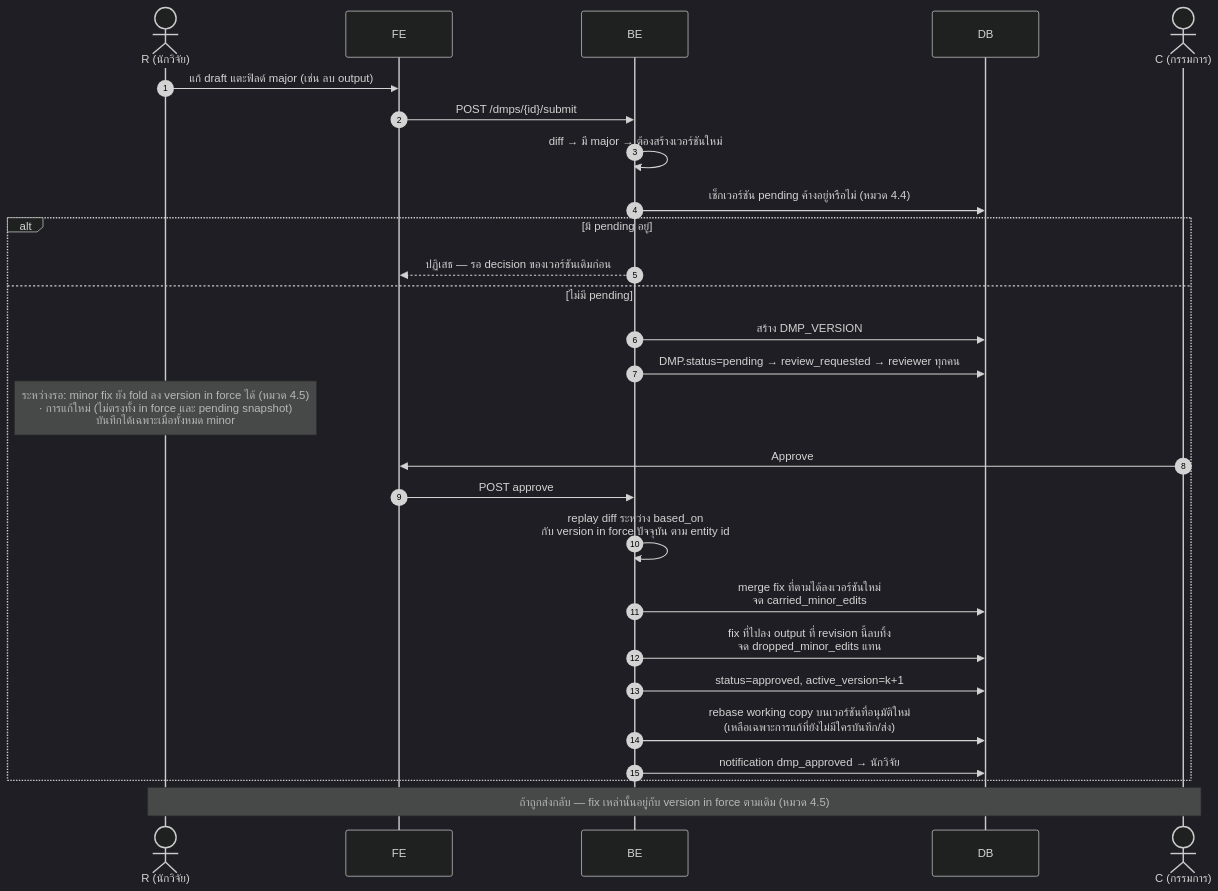
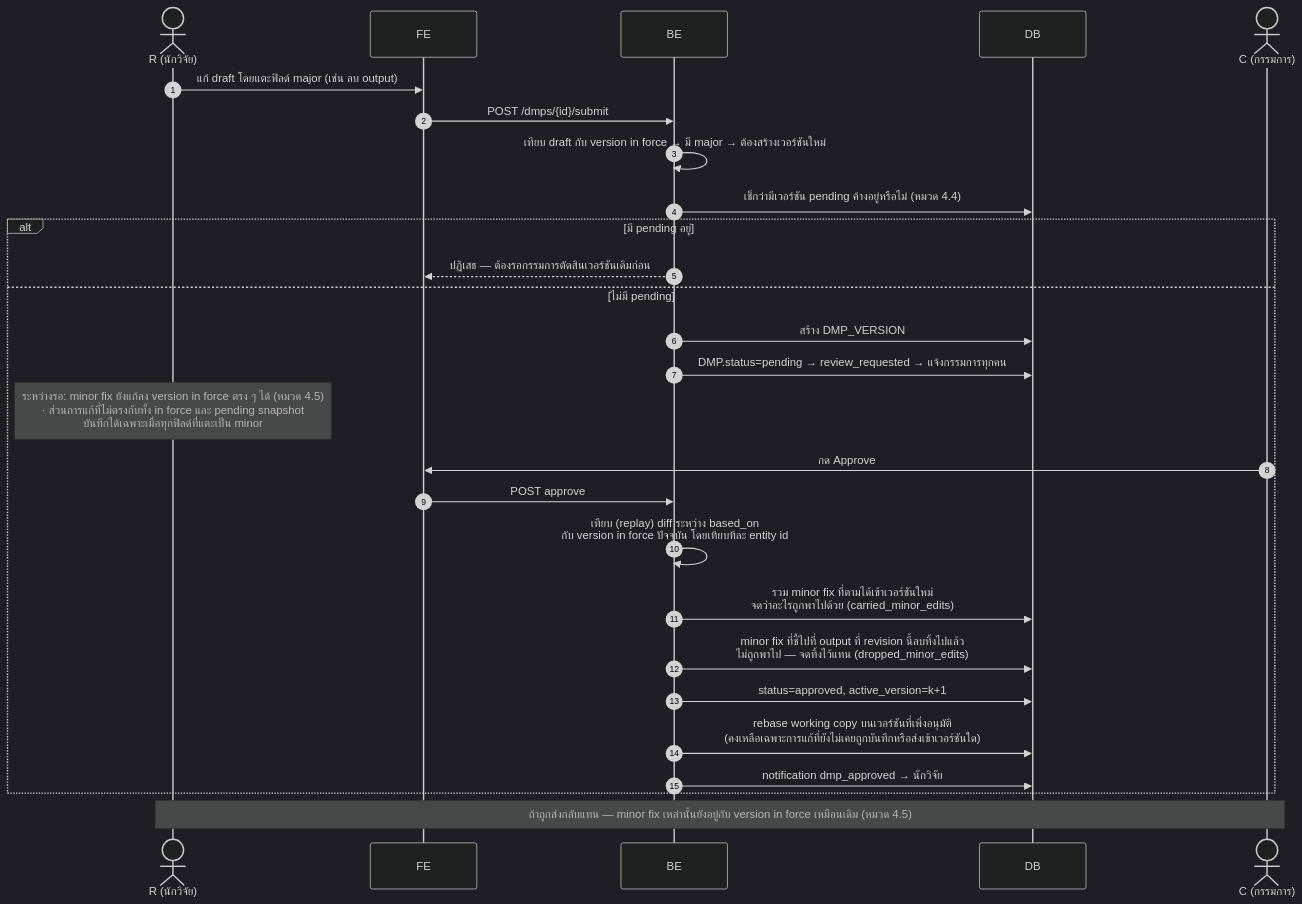
One commit to Open-Science-and-Data-management/Backend changed the ninth of 14 diagrams in docs/architecture/sequence-diagrams.md. Above: the diagram before and after it, drawn with Mermaid (dark theme). The commit also changed other lines of this file and 15 other files, not shown here.

````diff
--- a/docs/architecture/sequence-diagrams.md
+++ b/docs/architecture/sequence-diagrams.md
@@ -317,30 +349,30 @@
 ```mermaid
 sequenceDiagram
     autonumber
     actor R as R (นักวิจัย)
     participant FE as FE
     participant BE as BE
     participant DB as DB
     actor C as C (กรรมการ)
 
-    R->>FE: แก้ draft แตะฟิลด์ major (เช่น ลบ output)
+    R->>FE: แก้ draft โดยแตะฟิลด์ major (เช่น ลบ output)
     FE->>BE: POST /dmps/{id}/submit
-    BE->>BE: diff → มี major → ต้องสร้างเวอร์ชันใหม่
-    BE->>DB: เช็กเวอร์ชัน pending ค้างอยู่หรือไม่ (หมวด 4.4)
+    BE->>BE: เทียบ draft กับ version in force → มี major → ต้องสร้างเวอร์ชันใหม่
+    BE->>DB: เช็กว่ามีเวอร์ชัน pending ค้างอยู่หรือไม่ (หมวด 4.4)
     alt มี pending อยู่
-        BE-->>FE: ปฏิเสธ — รอ decision ของเวอร์ชันเดิมก่อน
+        BE-->>FE: ปฏิเสธ — ต้องรอกรรมการตัดสินเวอร์ชันเดิมก่อน
     else ไม่มี pending
-        BE->>DB: สร้าง DMP_VERSION #k+1 (เลขไม่ซ้ำ — เลข rejected ไม่ถูกใช้ซ้ำ)<br/>snapshot ณ submit, based_on = version in force<br/>(number + snapshot ณ ตอนนั้น)
-        BE->>DB: DMP.status=pending → review_requested → reviewer ทุกคน
-        Note over R: ระหว่างรอ: minor fix ยัง fold ลง version in force ได้ (หมวด 4.5)<br/>· การแก้ใหม่ (ไม่ตรงทั้ง in force และ pending snapshot)<br/>บันทึกได้เฉพาะเมื่อทั้งหมด minor
-        C->>FE: Approve
+        BE->>DB: สร้าง DMP_VERSION #k+1<br/>(เลขเวอร์ชันไม่ถูกใช้ซ้ำ แม้เวอร์ชันเก่าถูก rejected)<br/>snapshot ณ ตอน submit, based_on = version in force ปัจจุบัน
+        BE->>DB: DMP.status=pending → review_requested → แจ้งกรรมการทุกคน
+        Note over R: ระหว่างรอ: minor fix ยังแก้ลง version in force ตรง ๆ ได้ (หมวด 4.5)<br/>· ส่วนการแก้ที่ไม่ตรงกับทั้ง in force และ pending snapshot<br/>บันทึกได้เฉพาะเมื่อทุกฟิลด์ที่แตะเป็น minor
+        C->>FE: กด Approve
         FE->>BE: POST approve
-        BE->>BE: replay diff ระหว่าง based_on<br/>กับ version in force ปัจจุบัน ตาม entity id
-        BE->>DB: merge fix ที่ตามได้ลงเวอร์ชันใหม่<br/>จด carried_minor_edits
-        BE->>DB: fix ที่ไปลง output ที่ revision นี้ลบทิ้ง<br/>จด dropped_minor_edits แทน
+        BE->>BE: เทียบ (replay) diff ระหว่าง based_on<br/>กับ version in force ปัจจุบัน โดยเทียบทีละ entity id
+        BE->>DB: รวม minor fix ที่ตามได้เข้าเวอร์ชันใหม่<br/>จดว่าอะไรถูกพาไปด้วย (carried_minor_edits)
+        BE->>DB: minor fix ที่ชี้ไปที่ output ที่ revision นี้ลบทิ้งไปแล้ว<br/>ไม่ถูกพาไป — จดทิ้งไว้แทน (dropped_minor_edits)
         BE->>DB: status=approved, active_version=k+1
-        BE->>DB: rebase working copy บนเวอร์ชันที่อนุมัติใหม่<br/>(เหลือเฉพาะการแก้ที่ยังไม่มีใครบันทึก/ส่ง)
+        BE->>DB: rebase working copy บนเวอร์ชันที่เพิ่งอนุมัติ<br/>(คงเหลือเฉพาะการแก้ที่ยังไม่เคยถูกบันทึกหรือส่งเข้าเวอร์ชันใด)
         BE->>DB: notification dmp_approved → นักวิจัย
     end
-    Note over R,C: ถ้าถูกส่งกลับ — fix เหล่านั้นอยู่กับ version in force ตามเดิม (หมวด 4.5)
+    Note over R,C: ถ้าถูกส่งกลับแทน — minor fix เหล่านั้นยังอยู่กับ version in force เหมือนเดิม (หมวด 4.5)
 ```
````
